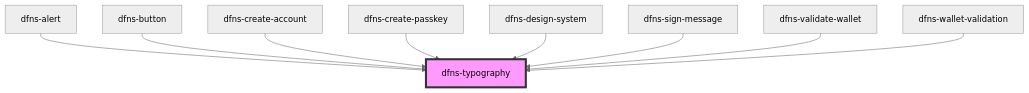
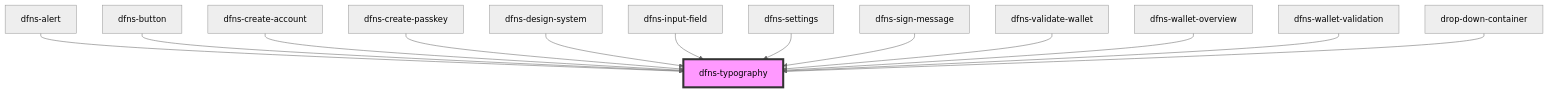
The diagram in src/components/dfns-typography/readme.md (dfnsext/web-ui), drawn with Mermaid (neutral theme) before and after one commit. The commit also changed other lines of this file and 60 other files, not shown here.

````diff
--- a/src/components/dfns-typography/readme.md
+++ b/src/components/dfns-typography/readme.md
@@ -31,12 +35,16 @@
 ```mermaid
 graph TD;
   dfns-alert --> dfns-typography
   dfns-button --> dfns-typography
   dfns-create-account --> dfns-typography
   dfns-create-passkey --> dfns-typography
   dfns-design-system --> dfns-typography
+  dfns-input-field --> dfns-typography
+  dfns-settings --> dfns-typography
   dfns-sign-message --> dfns-typography
   dfns-validate-wallet --> dfns-typography
+  dfns-wallet-overview --> dfns-typography
   dfns-wallet-validation --> dfns-typography
+  drop-down-container --> dfns-typography
   style dfns-typography fill:#f9f,stroke:#333,stroke-width:4px
 ```
````
